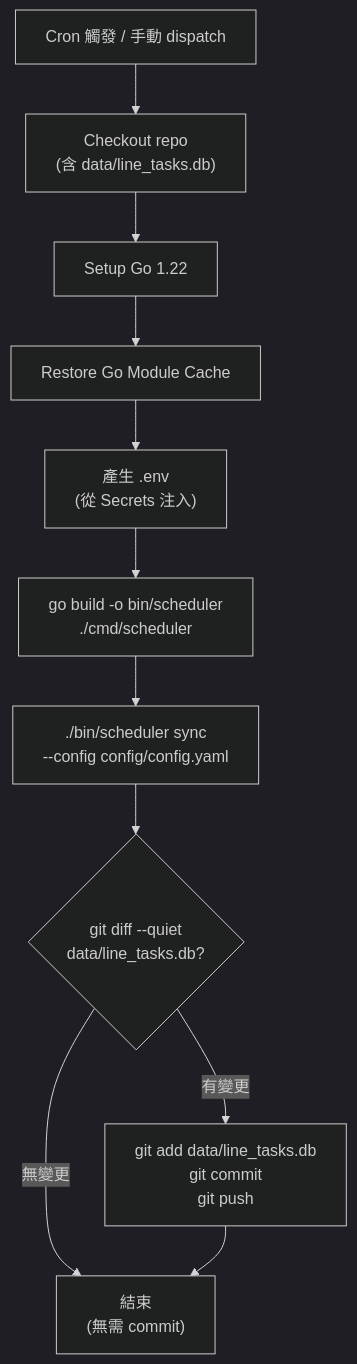
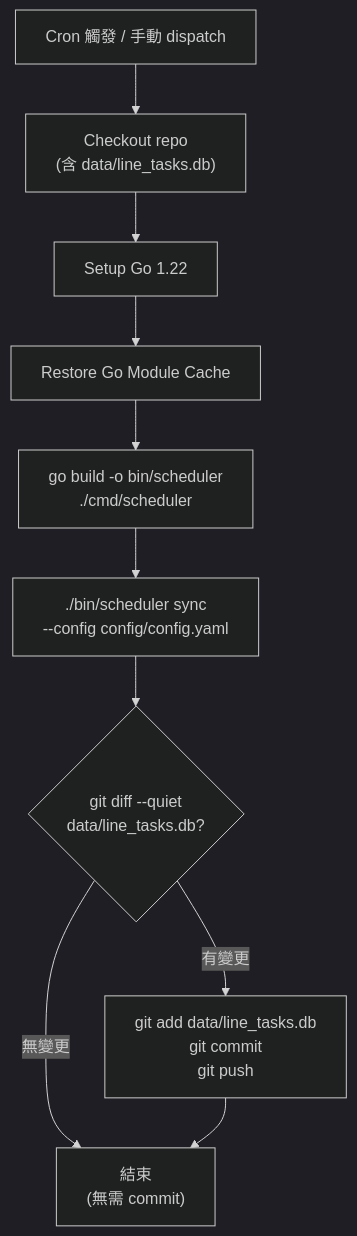
One commit to dccoding1118/more-line-points changed the second of 3 diagrams in docs/design/design-cicd.md. Above: the diagram before and after it, drawn with Mermaid. The commit also changed other lines of this file and 1 other file, not shown here.

````diff
--- a/docs/design/design-cicd.md
+++ b/docs/design/design-cicd.md
@@ -225,14 +238,13 @@
 ```mermaid
 %%{init: {'theme':'dark'}}%%
 flowchart TD
     TRIGGER["Cron 觸發 / 手動 dispatch"] --> CHECKOUT["Checkout repo<br/>(含 data/line_tasks.db)"]
     CHECKOUT --> SETUP_GO["Setup Go 1.22"]
     SETUP_GO --> CACHE["Restore Go Module Cache"]
-    CACHE --> WRITE_ENV["產生 .env<br/>(從 Secrets 注入)"]
-    WRITE_ENV --> BUILD["go build -o bin/scheduler<br/>./cmd/scheduler"]
+    CACHE --> BUILD["go build -o bin/scheduler<br/>./cmd/scheduler"]
     BUILD --> SYNC["./bin/scheduler sync<br/>--config config/config.yaml"]
     SYNC --> CHECK_DIFF{"git diff --quiet<br/>data/line_tasks.db?"}
     CHECK_DIFF -->|"有變更"| COMMIT["git add data/line_tasks.db<br/>git commit<br/>git push"]
     CHECK_DIFF -->|"無變更"| DONE["結束<br/>(無需 commit)"]
     COMMIT --> DONE
 ```
````
